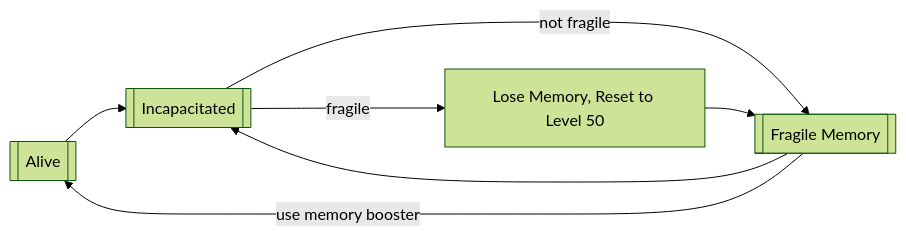
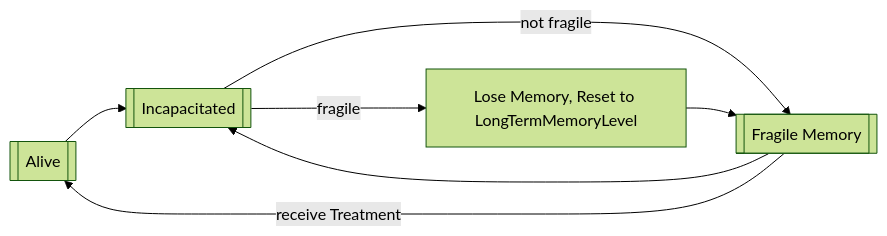
One commit to jonathan-robertson/amnesia changed the diagram in README.md. Above: the diagram before and after it, drawn with Mermaid (forest theme). The commit also changed other lines of this file, not shown here.

````diff
--- a/README.md
+++ b/README.md
@@ -37,11 +52,11 @@
 ```mermaid
 flowchart LR
     alive[[Alive]]-->incap[[Incapacitated]]
     incap-->|not fragile|fragile[[Fragile Memory]]
-    incap-->|fragile|amnesia[Lose Memory, Reset to Level 50]
+    incap-->|fragile|amnesia[Lose Memory, Reset to LongTermMemoryLevel]
 
     amnesia-->fragile
     fragile-->incap
 
-    fragile-->|use memory booster|alive
+    fragile-->|receive Treatment|alive
 ```
````
